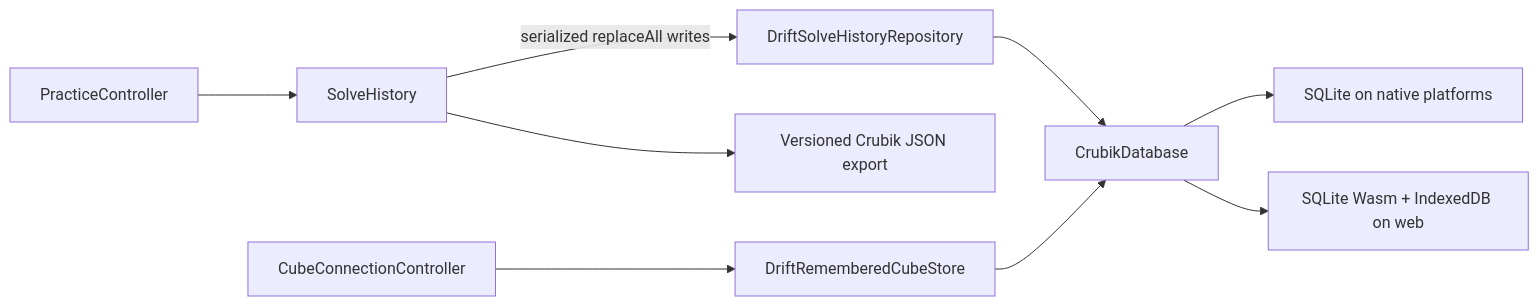
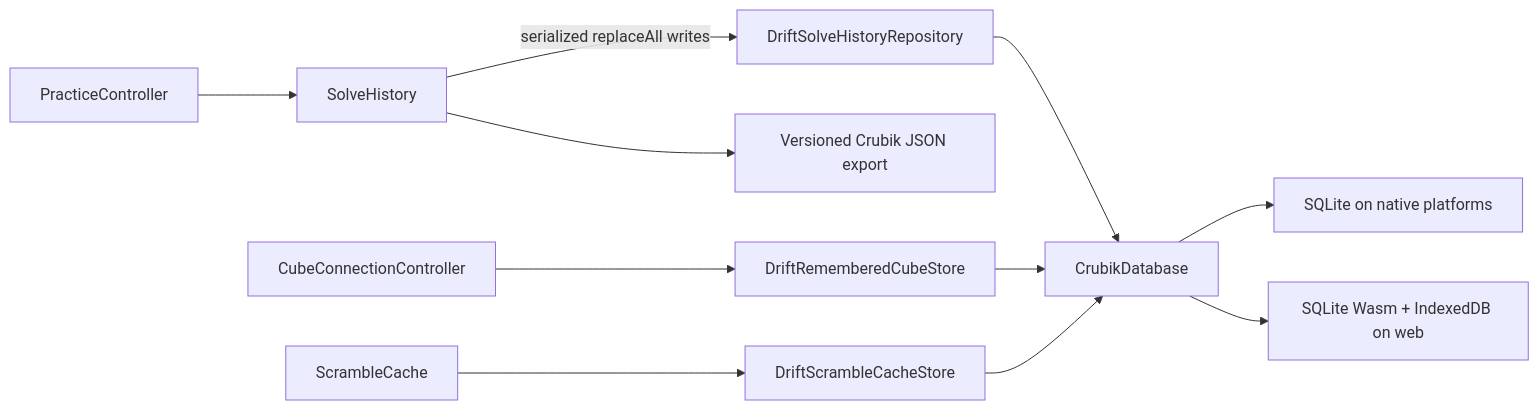
Before and after one commit to Hyponauts/Crubik: the fourth of 4 diagrams in docs/architecture.md, drawn with Mermaid. The commit also changed other lines of this file and 39 other files, not shown here.

````diff
--- a/docs/architecture.md
+++ b/docs/architecture.md
@@ -211,11 +229,13 @@
 ```mermaid
 flowchart LR
     Practice["PracticeController"] --> History["SolveHistory"]
     History -->|serialized replaceAll writes| SolveRepo["DriftSolveHistoryRepository"]
     Connection["CubeConnectionController"] --> Remembered["DriftRememberedCubeStore"]
+    Cache["ScrambleCache"] --> ScrambleStore["DriftScrambleCacheStore"]
     SolveRepo --> DB["CrubikDatabase"]
     Remembered --> DB
+    ScrambleStore --> DB
     DB --> Native["SQLite on native platforms"]
     DB --> Web["SQLite Wasm + IndexedDB on web"]
     History --> Export["Versioned Crubik JSON export"]
 ```
````
